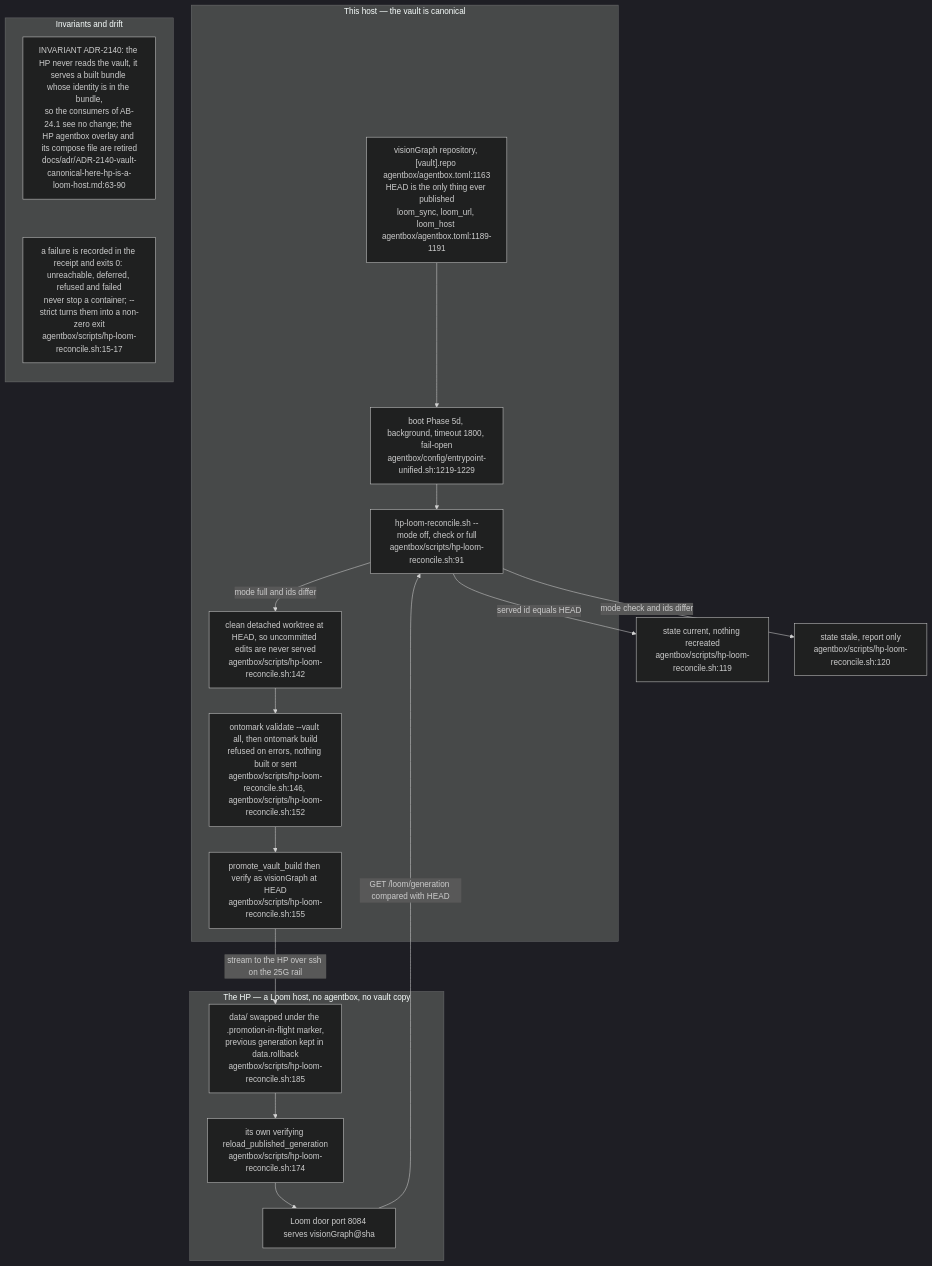
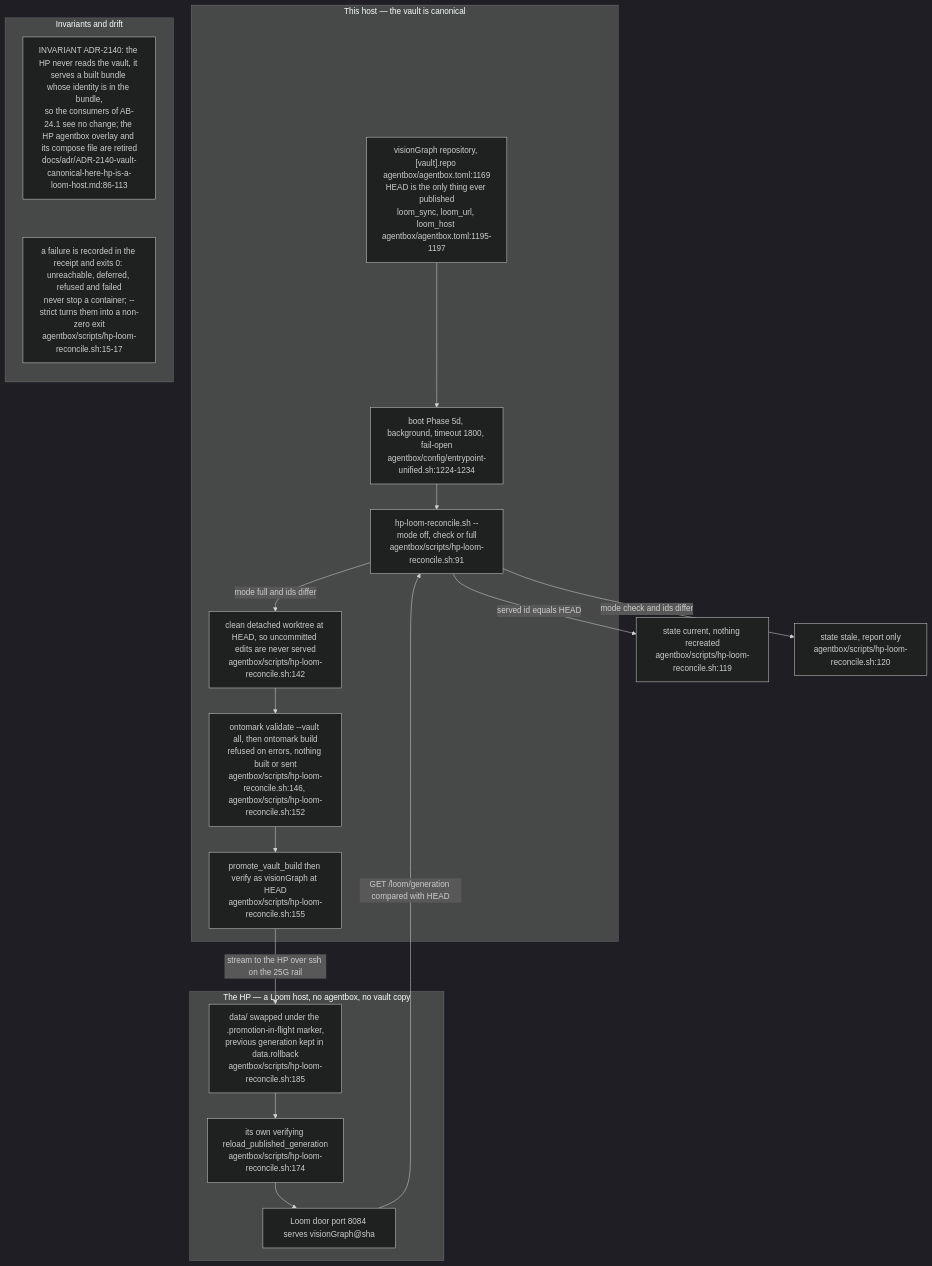
Before and after one commit to DreamLab-AI/VisionFlow: diagram 14 of 14 in docs/diagrams/agentbox/24-loom-facade.md, drawn with Mermaid (dark theme). The commit also changed other lines of this file and 36 other files, not shown here.

First line of the commit message:
docs(diagrams): re-derive and re-stamp agentbox, dream-engine, visioncraft, visiontouch and vowl topics; drop LAN addresses

````diff
--- a/docs/diagrams/agentbox/24-loom-facade.md
+++ b/docs/diagrams/agentbox/24-loom-facade.md
@@ -527,28 +527,28 @@
 ```mermaid
 flowchart TB
     subgraph here["This host — the vault is canonical"]
-        VAULT["visionGraph repository, [vault].repo agentbox/agentbox.toml:1163<br/>HEAD is the only thing ever published<br/>loom_sync, loom_url, loom_host agentbox/agentbox.toml:1189-1191"]
-        BOOT["boot Phase 5d, background, timeout 1800, fail-open<br/>agentbox/config/entrypoint-unified.sh:1219-1229"]
+        VAULT["visionGraph repository, [vault].repo agentbox/agentbox.toml:1169<br/>HEAD is the only thing ever published<br/>loom_sync, loom_url, loom_host agentbox/agentbox.toml:1195-1197"]
+        BOOT["boot Phase 5d, background, timeout 1800, fail-open<br/>agentbox/config/entrypoint-unified.sh:1224-1234"]
         REC["hp-loom-reconcile.sh --mode off, check or full<br/>agentbox/scripts/hp-loom-reconcile.sh:91"]
         WT["clean detached worktree at HEAD, so uncommitted edits are never served<br/>agentbox/scripts/hp-loom-reconcile.sh:142"]
         VAL["ontomark validate --vault all, then ontomark build<br/>refused on errors, nothing built or sent<br/>agentbox/scripts/hp-loom-reconcile.sh:146, agentbox/scripts/hp-loom-reconcile.sh:152"]
         PRO["promote_vault_build then verify as visionGraph at HEAD<br/>agentbox/scripts/hp-loom-reconcile.sh:155"]
     end
     subgraph hp["The HP — a Loom host, no agentbox, no vault copy"]
         DATA["data/ swapped under the .promotion-in-flight marker,<br/>previous generation kept in data.rollback<br/>agentbox/scripts/hp-loom-reconcile.sh:185"]
         RELOAD["its own verifying reload_published_generation<br/>agentbox/scripts/hp-loom-reconcile.sh:174"]
         DOOR["Loom door port 8084 serves visionGraph@sha"]
     end
     VAULT --> BOOT --> REC
     REC -->|"served id equals HEAD"| CUR["state current, nothing recreated<br/>agentbox/scripts/hp-loom-reconcile.sh:119"]
     REC -->|"mode check and ids differ"| STALE["state stale, report only<br/>agentbox/scripts/hp-loom-reconcile.sh:120"]
     REC -->|"mode full and ids differ"| WT --> VAL --> PRO
     PRO -->|"stream to the HP over ssh on the 25G rail"| DATA --> RELOAD --> DOOR
     DOOR -->|"GET /loom/generation compared with HEAD"| REC
     subgraph notes["Invariants and drift"]
         direction TB
-        N1["INVARIANT ADR-2140: the HP never reads the vault, it serves a built bundle whose identity is in the bundle,<br/>so the consumers of AB-24.1 see no change; the HP agentbox overlay and its compose file are retired<br/>docs/adr/ADR-2140-vault-canonical-here-hp-is-a-loom-host.md:63-90"]
+        N1["INVARIANT ADR-2140: the HP never reads the vault, it serves a built bundle whose identity is in the bundle,<br/>so the consumers of AB-24.1 see no change; the HP agentbox overlay and its compose file are retired<br/>docs/adr/ADR-2140-vault-canonical-here-hp-is-a-loom-host.md:86-113"]
         N2["a failure is recorded in the receipt and exits 0: unreachable, deferred, refused and failed<br/>never stop a container; --strict turns them into a non-zero exit<br/>agentbox/scripts/hp-loom-reconcile.sh:15-17"]
         N1 ~~~ N2
     end
 ```
````
